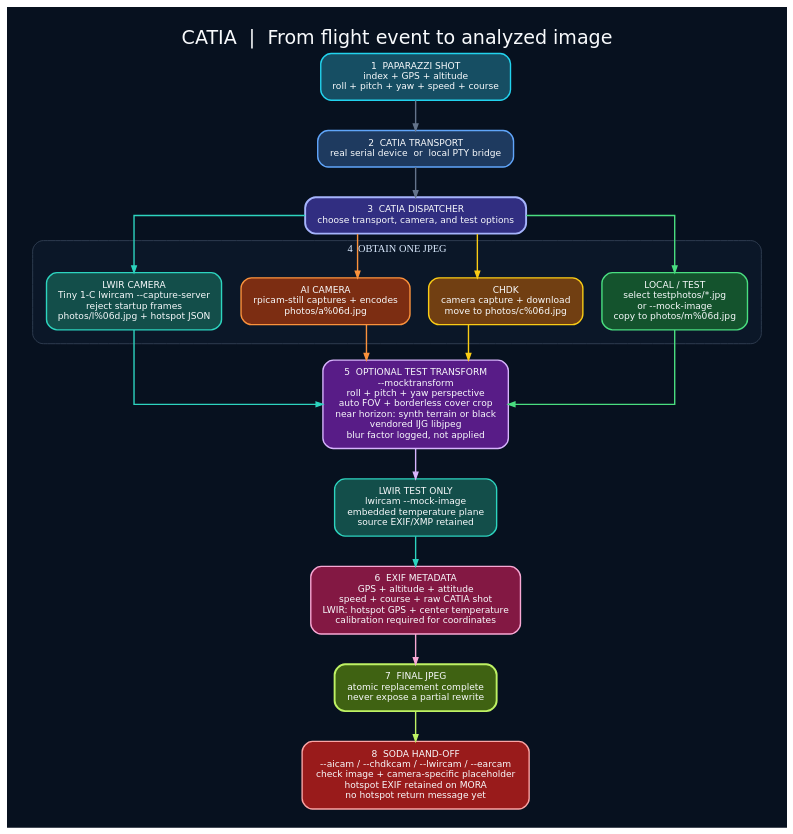
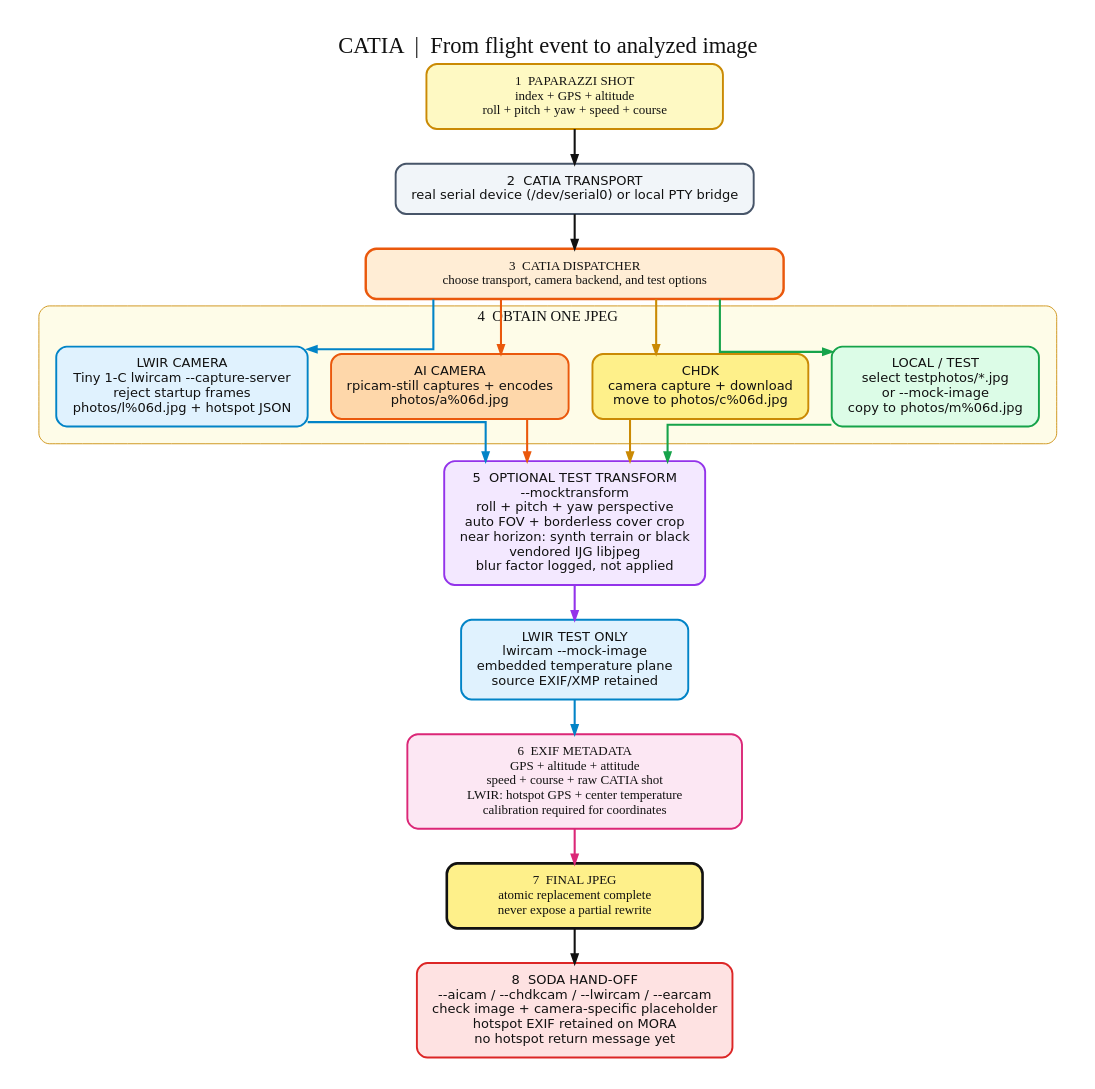
One commit to tudelft/paparazzi changed the diagram in sw/airborne/modules/digital_cam/catia/documentation/catia-flow.dot. Above: the diagram before and after it, drawn with Graphviz. The commit also changed 87 other files, not shown here.

```diff
--- a/sw/airborne/modules/digital_cam/catia/documentation/catia-flow.dot
+++ b/sw/airborne/modules/digital_cam/catia/documentation/catia-flow.dot
@@ -1,139 +1,151 @@
 digraph CATIA {
   graph [
     rankdir=TB,
-    bgcolor="#07111f",
-    pad="0.3",
-    nodesep="0.3",
-    ranksep="0.48",
-    fontname="DejaVu Sans",
+    bgcolor="#ffffff",
+    pad="0.4",
+    nodesep="0.38",
+    ranksep="0.55",
+    fontname="DejaVu Sans Bold",
     label="CATIA  |  From flight event to analyzed image",
     labelloc="t",
     labeljust="c",
-    fontsize=22,
-    fontcolor="#f8fafc",
+    fontsize=26,
+    fontcolor="#111111",
     splines=ortho
   ];
 
   node [
     shape=rect,
     style="rounded,filled",
     fontname="DejaVu Sans",
-    fontsize=10.5,
-    fontcolor="#f8fafc",
-    color="#475569",
-    penwidth=1.6,
-    margin="0.18,0.12"
+    fontsize=15,
+    fontcolor="#111111",
+    color="#111111",
+    penwidth=2.2,
+    margin="0.25,0.16"
   ];
 
   edge [
-    fontname="DejaVu Sans",
-    fontsize=9,
-    fontcolor="#cbd5e1",
-    color="#64748b",
-    penwidth=1.6,
-    arrowsize=0.75
+    fontname="DejaVu Sans Bold",
+    fontsize=13,
+    fontcolor="#111111",
+    color="#111111",
+    penwidth=2.4,
+    arrowsize=1.0
   ];
 
   shot [
     label="1  PAPARAZZI SHOT\nindex + GPS + altitude\nroll + pitch + yaw + speed + course",
-    fillcolor="#164e63",
-    color="#22d3ee"
+    fillcolor="#fef9c3",
+    color="#ca8a04",
+    fontname="DejaVu Sans Bold"
   ];
 
   transport [
-    label="2  CATIA TRANSPORT\nreal serial device  or  local PTY bridge",
-    fillcolor="#1e3a5f",
-    color="#60a5fa"
+    label="2  CATIA TRANSPORT\nreal serial device (/dev/serial0) or local PTY bridge",
+    fillcolor="#f1f5f9",
+    color="#475569"
   ];
 
   dispatcher [
-    label="3  CATIA DISPATCHER\nchoose transport, camera, and test options",
-    fillcolor="#312e81",
-    color="#a5b4fc",
-    penwidth=2.2
+    label="3  CATIA DISPATCHER\nchoose transport, camera backend, and test options",
+    fillcolor="#ffedd5",
+    color="#ea580c",
+    penwidth=2.8,
+    fontname="DejaVu Sans Bold"
   ];
 
   subgraph cluster_capture {
     label="4  OBTAIN ONE JPEG";
     labelloc="t";
-    fontsize=12;
+    fontsize=17;
     fontname="DejaVu Sans Bold";
-    fontcolor="#dbeafe";
-    color="#334155";
-    fillcolor="#0b1728";
+    fontcolor="#111111";
+    color="#ca8a04";
+    fillcolor="#fefce8";
     style="rounded,filled";
-    margin=16;
+    margin=20;
 
     local [
       label="LOCAL / TEST\nselect testphotos/*.jpg\nor --mock-image\ncopy to photos/m%06d.jpg",
-      fillcolor="#14532d",
-      color="#4ade80"
+      fillcolor="#dcfce7",
+      color="#16a34a",
+      penwidth=2.2
     ];
 
     chdk [
       label="CHDK\ncamera capture + download\nmove to photos/c%06d.jpg",
-      fillcolor="#713f12",
-      color="#facc15"
+      fillcolor="#fef08a",
+      color="#ca8a04",
+      penwidth=2.2
     ];
 
     aicam [
       label="AI CAMERA\nrpicam-still captures + encodes\nphotos/a%06d.jpg",
-      fillcolor="#7c2d12",
-      color="#fb923c"
+      fillcolor="#fed7aa",
+      color="#ea580c",
+      penwidth=2.2
     ];
 
     lwircam [
       label="LWIR CAMERA\nTiny 1-C lwircam --capture-server\nreject startup frames\nphotos/l%06d.jpg + hotspot JSON",
-      fillcolor="#134e4a",
-      color="#2dd4bf"
+      fillcolor="#e0f2fe",
+      color="#0284c7",
+      penwidth=2.2
     ];
 
     {rank=same; local; chdk; aicam; lwircam;}
   }
 
   transform [
     label="5  OPTIONAL TEST TRANSFORM\n--mocktransform\nroll + pitch + yaw perspective\nauto FOV + borderless cover crop\nnear horizon: synth terrain or black\nvendored IJG libjpeg\nblur factor logged, not applied",
-    fillcolor="#581c87",
-    color="#d8b4fe"
+    fillcolor="#f3e8ff",
+    color="#9333ea",
+    penwidth=2.2
   ];
 
   exif [
     label="6  EXIF METADATA\nGPS + altitude + attitude\nspeed + course + raw CATIA shot\nLWIR: hotspot GPS + center temperature\ncalibration required for coordinates",
-    fillcolor="#831843",
-    color="#f9a8d4"
+    fillcolor="#fce7f3",
+    color="#db2777",
+    penwidth=2.2,
+    fontname="DejaVu Sans Bold"
   ];
 
   mock_hotspots [
     label="LWIR TEST ONLY\nlwircam --mock-image\nembedded temperature plane\nsource EXIF/XMP retained",
-    fillcolor="#134e4a",
-    color="#2dd4bf"
+    fillcolor="#e0f2fe",
+    color="#0284c7",
+    penwidth=2.2
   ];
 
   final [
     label="7  FINAL JPEG\natomic replacement complete\nnever expose a partial rewrite",
-    fillcolor="#3f6212",
-    color="#bef264",
-    penwidth=2.2
+    fillcolor="#fef08a",
+    color="#111111",
+    penwidth=3.0,
+    fontname="DejaVu Sans Bold"
   ];
 
   soda [
     label="8  SODA HAND-OFF\n--aicam / --chdkcam / --lwircam / --earcam\ncheck image + camera-specific placeholder\nhotspot EXIF retained on MORA\nno hotspot return message yet",
-    fillcolor="#991b1b",
-    color="#fca5a5"
+    fillcolor="#fee2e2",
+    color="#dc2626",
+    penwidth=2.2
   ];
 
   shot -> transport;
   transport -> dispatcher;
-  dispatcher -> local [color="#4ade80"];
-  dispatcher -> chdk [color="#facc15"];
-  dispatcher -> aicam [color="#fb923c"];
-  dispatcher -> lwircam [color="#2dd4bf"];
-  local -> transform [color="#4ade80"];
-  chdk -> transform [color="#facc15"];
-  aicam -> transform [color="#fb923c"];
-  lwircam -> transform [color="#2dd4bf"];
-  transform -> mock_hotspots [color="#d8b4fe"];
-  mock_hotspots -> exif [color="#2dd4bf"];
-  exif -> final [color="#f9a8d4"];
-  final -> soda [color="#bef264"];
+  dispatcher -> local [color="#16a34a"];
+  dispatcher -> chdk [color="#ca8a04"];
+  dispatcher -> aicam [color="#ea580c"];
+  dispatcher -> lwircam [color="#0284c7"];
+  local -> transform [color="#16a34a"];
+  chdk -> transform [color="#ca8a04"];
+  aicam -> transform [color="#ea580c"];
+  lwircam -> transform [color="#0284c7"];
+  transform -> mock_hotspots [color="#9333ea"];
+  mock_hotspots -> exif [color="#0284c7"];
+  exif -> final [color="#db2777"];
+  final -> soda [color="#111111"];
 }
```
